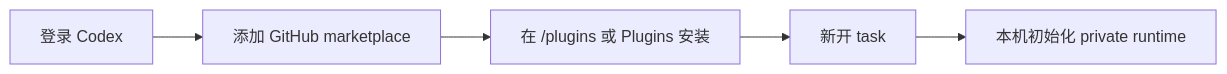
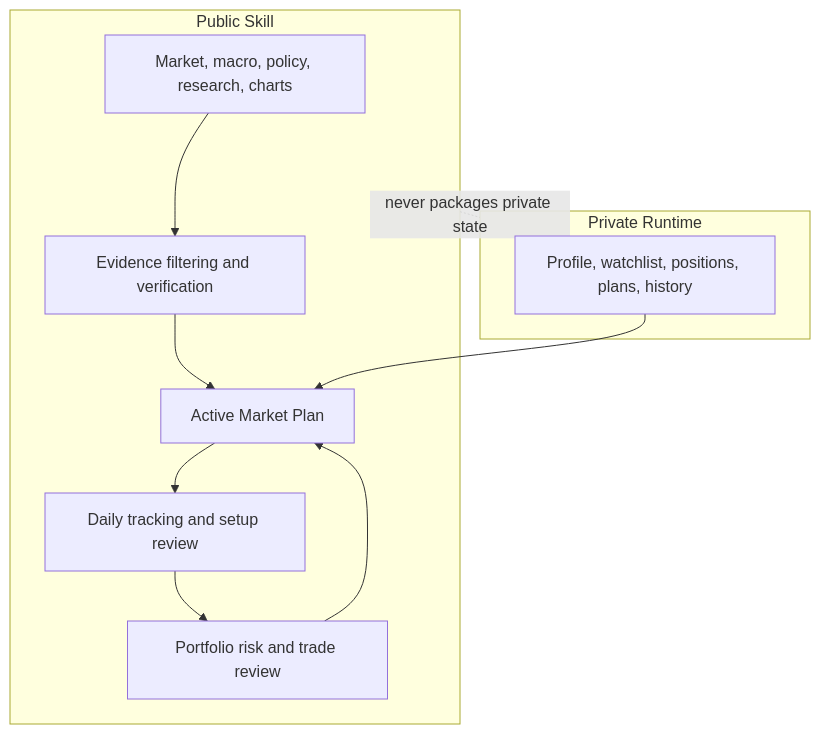
Before and after one commit to Archerouyang/mars-research-assistant: the diagram in README.md, drawn with Mermaid. The commit also changed other lines of this file and 384 other files, not shown here.

Commit message:
Distribute trading research as one portable skill

````diff
--- a/README.md
+++ b/README.md
@@ -33,7 +61,15 @@
 ```mermaid
-flowchart LR
-  A["登录 Codex"] --> B["添加 GitHub marketplace"]
-  B --> C["在 /plugins 或 Plugins 安装"]
-  C --> D["新开 task"]
-  D --> E["本机初始化 private runtime"]
+flowchart TD
+  subgraph PUBLIC["Public Skill"]
+    A["Market, macro, policy, research, charts"] --> B["Evidence filtering and verification"]
+    B --> C["Active Market Plan"]
+    C --> D["Daily tracking and setup review"]
+    D --> E["Portfolio risk and trade review"]
+    E --> C
+  end
+  subgraph PRIVATE["Private Runtime"]
+    R["Profile, watchlist, positions, plans, history"]
+  end
+  R --> C
+  PUBLIC -. "never packages private state" .- PRIVATE
 ```
````
